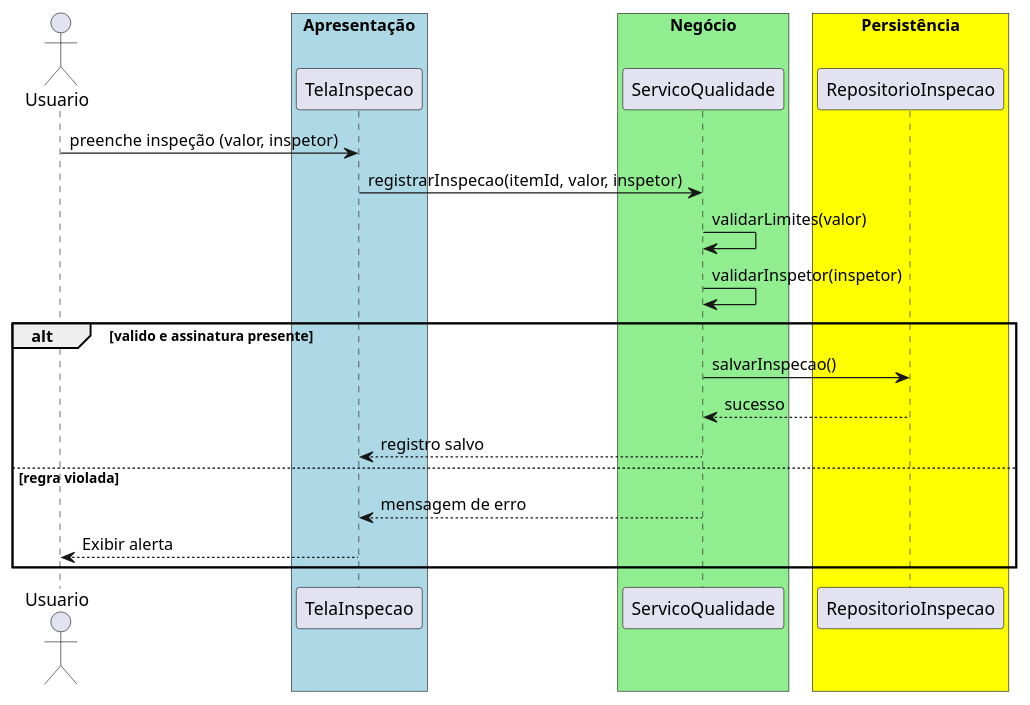
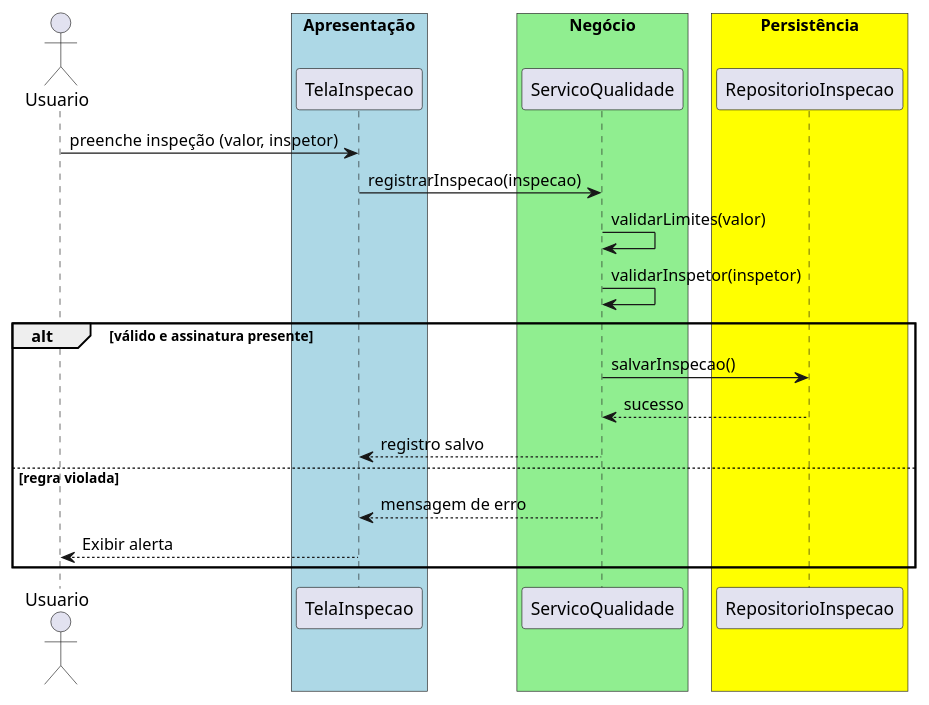
Before and after one commit to 20261-ifba-saj-ads-poo/blog: the diagram in src/trabalhos/Trabalho29.md, drawn with PlantUML. The commit also changed other lines of this file and 35 other files, not shown here.

````diff
--- a/src/trabalhos/Trabalho29.md
+++ b/src/trabalhos/Trabalho29.md
@@ -29,26 +29,26 @@
-```plantuml
+```plantuml{kroki=true}
 @startuml
 actor Usuario
 box "Apresentação" #lightblue
     participant TelaInspecao
 end box
 box "Negócio" #lightgreen
     participant ServicoQualidade
 end box
 box "Persistência" #yellow
     participant RepositorioInspecao
 end box
 Usuario -> TelaInspecao : preenche inspeção (valor, inspetor)
-TelaInspecao -> ServicoQualidade : registrarInspecao(itemId, valor, inspetor)
+TelaInspecao -> ServicoQualidade : registrarInspecao(inspecao)
 ServicoQualidade -> ServicoQualidade : validarLimites(valor)
 ServicoQualidade -> ServicoQualidade : validarInspetor(inspetor)
-alt valido e assinatura presente
+alt válido e assinatura presente
     ServicoQualidade -> RepositorioInspecao : salvarInspecao()
     RepositorioInspecao --> ServicoQualidade : sucesso
     ServicoQualidade --> TelaInspecao : registro salvo
 else regra violada
     ServicoQualidade --> TelaInspecao : mensagem de erro
     TelaInspecao --> Usuario : Exibir alerta
 end
 @enduml
 ```
````
